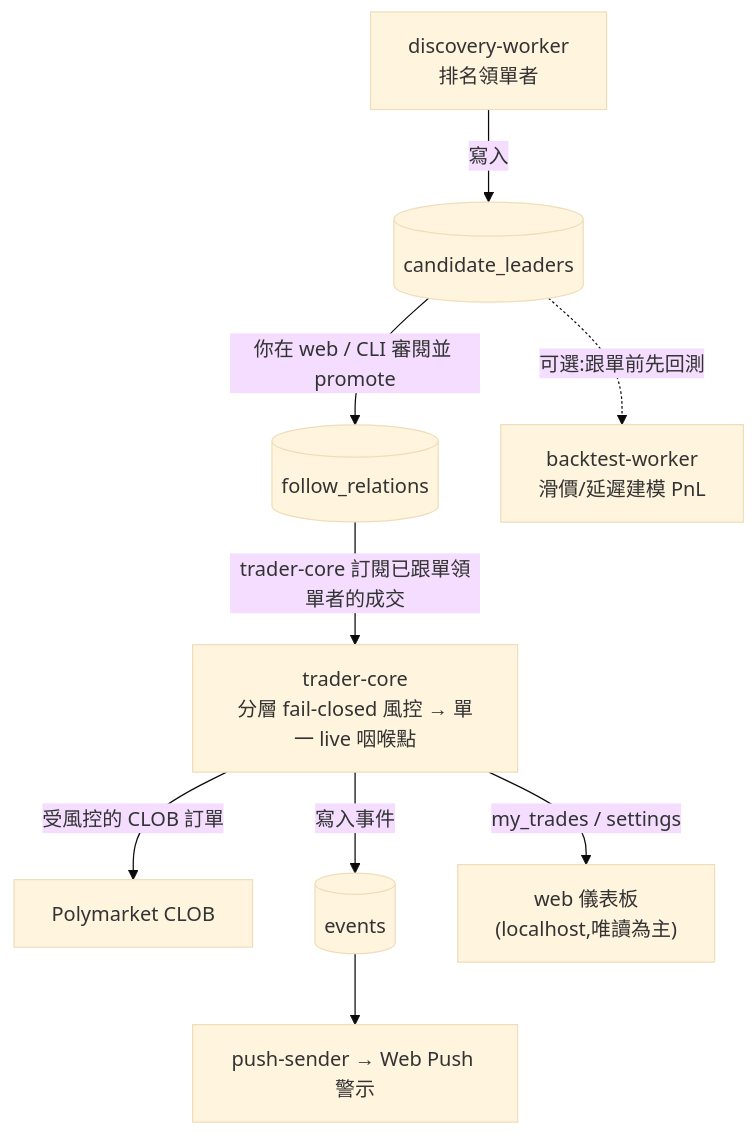
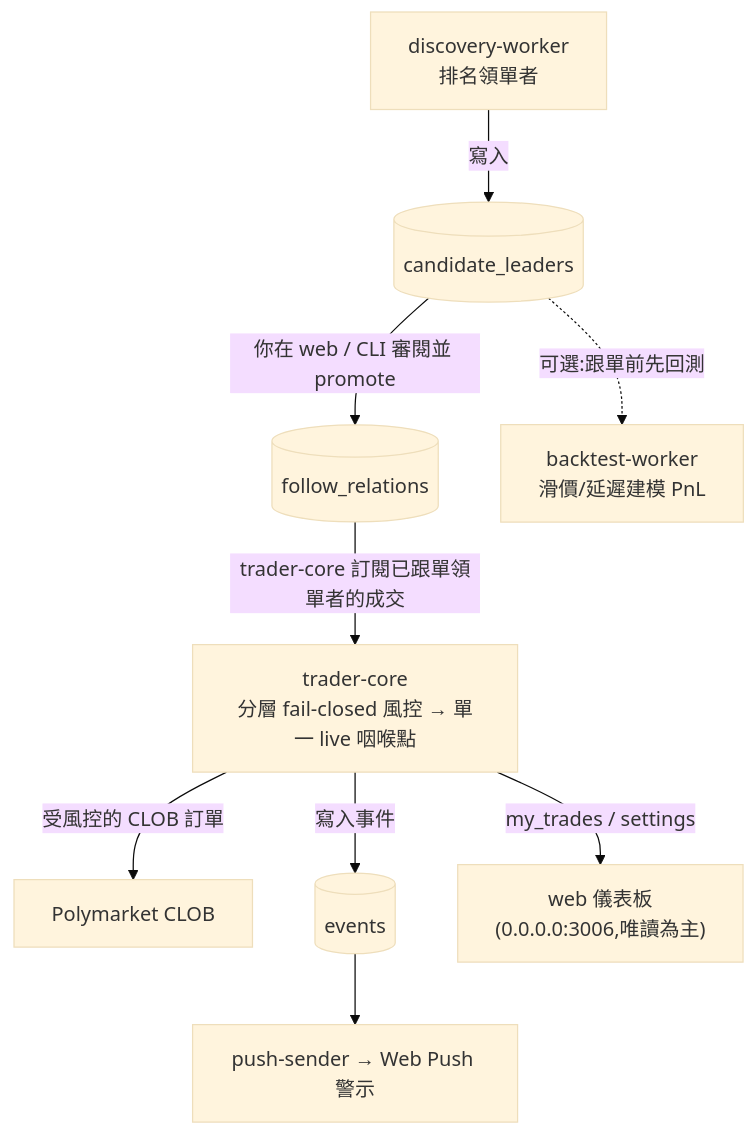
The diagram in README.md (yslinear/polyecho), drawn with Mermaid (base theme) before and after one commit. The commit also changed other lines of this file, not shown here.

````diff
--- a/README.md
+++ b/README.md
@@ -27,11 +27,11 @@
 ```mermaid
 flowchart TD
     D["discovery-worker<br/>排名領單者"] -->|"寫入"| CL[("candidate_leaders")]
     CL -->|"你在 web / CLI 審閱並 promote"| FR[("follow_relations")]
     CL -.->|"可選:跟單前先回測"| BT["backtest-worker<br/>滑價/延遲建模 PnL"]
     FR -->|"trader-core 訂閱已跟單領單者的成交"| TC["trader-core<br/>分層 fail-closed 風控 → 單一 live 咽喉點"]
     TC -->|"受風控的 CLOB 訂單"| PM["Polymarket CLOB"]
     TC -->|"寫入事件"| EV[("events")]
     EV --> PS["push-sender → Web Push 警示"]
-    TC -->|"my_trades / settings"| WEB["web 儀表板<br/>(localhost,唯讀為主)"]
+    TC -->|"my_trades / settings"| WEB["web 儀表板<br/>(0.0.0.0:3006,唯讀為主)"]
 ```
````
